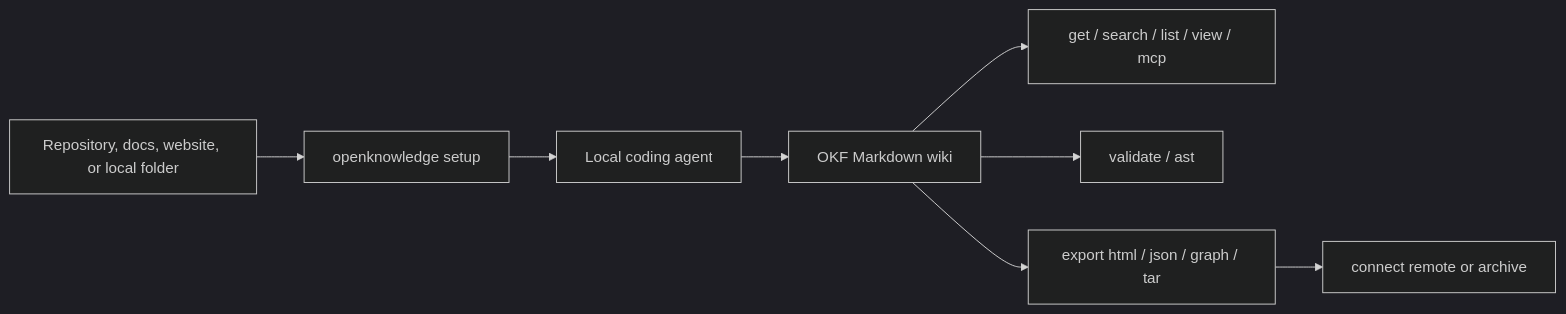
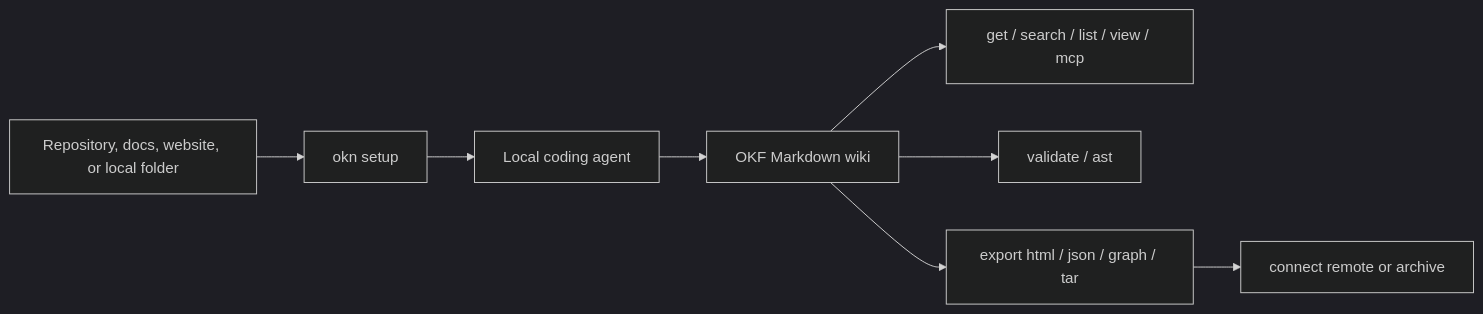
The diagram in README.md (openknowledge-sh/openknowledge), drawn with Mermaid (dark theme) before and after one commit. The commit also changed other lines of this file and 52 other files, not shown here.

````diff
--- a/README.md
+++ b/README.md
@@ -81,10 +81,10 @@
 ```mermaid
 flowchart LR
-  Source["Repository, docs, website, or local folder"] --> Setup["openknowledge setup"]
+  Source["Repository, docs, website, or local folder"] --> Setup["okn setup"]
   Setup --> Agent["Local coding agent"]
   Agent --> Wiki["OKF Markdown wiki"]
   Wiki --> Use["get / search / list / view / mcp"]
   Wiki --> Check["validate / ast"]
   Wiki --> Publish["export html / json / graph / tar"]
   Publish --> Connect["connect remote or archive"]
 ```
````
